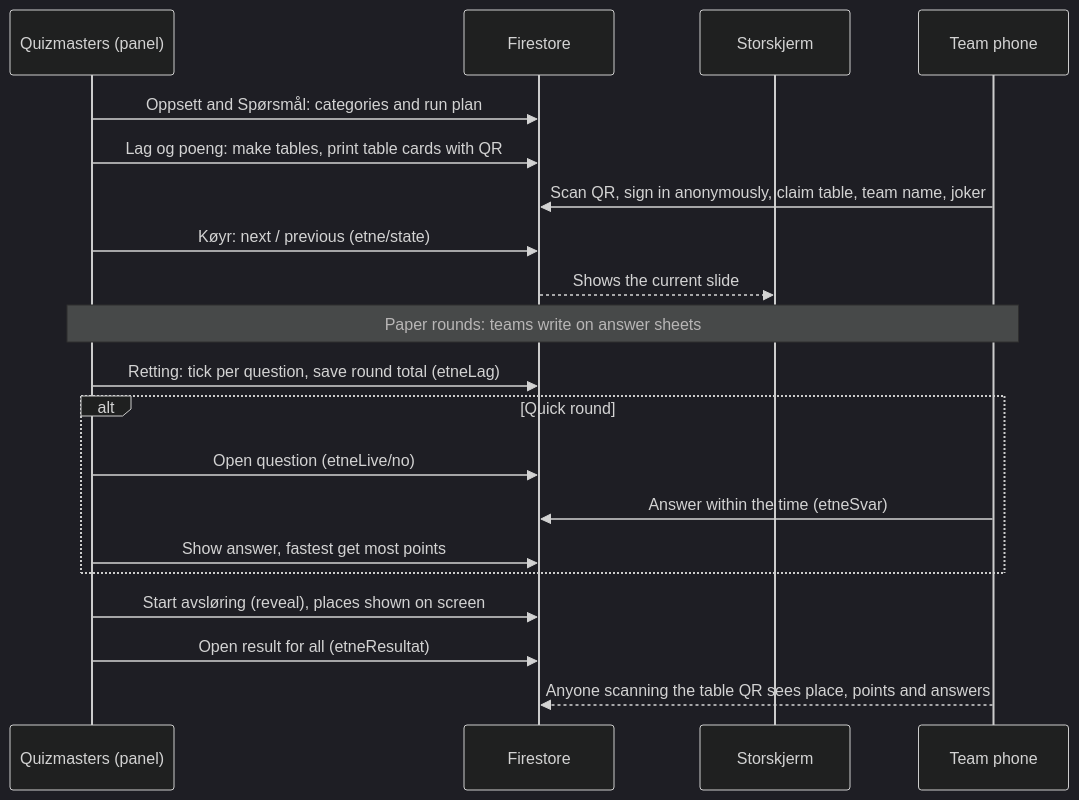
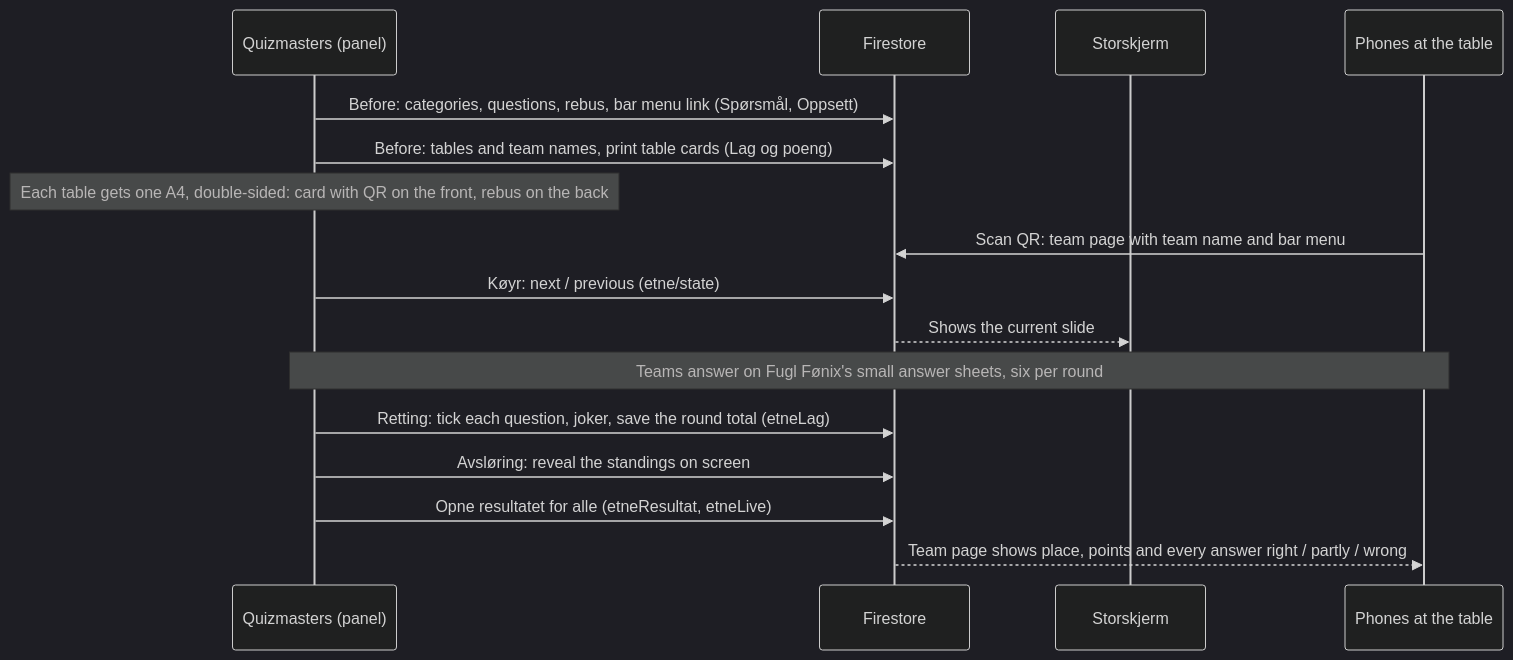
The second of 2 diagrams in _etnequiz/OVERVIEW.md (Mortey12/Mortey12.github.io), drawn with Mermaid (dark theme) before and after one commit. The commit also changed other lines of this file, not shown here.

````diff
--- a/_etnequiz/OVERVIEW.md
+++ b/_etnequiz/OVERVIEW.md
@@ -50,22 +42,18 @@
 ```mermaid
 sequenceDiagram
   participant QM as Quizmasters (panel)
   participant DB as Firestore
   participant Scr as Storskjerm
-  participant Ph as Team phone
-  QM->>DB: Oppsett and Spørsmål: categories and run plan
-  QM->>DB: Lag og poeng: make tables, print table cards with QR
-  Ph->>DB: Scan QR, sign in anonymously, claim table, team name, joker
+  participant Ph as Phones at the table
+  QM->>DB: Before: categories, questions, rebus, bar menu link (Spørsmål, Oppsett)
+  QM->>DB: Before: tables and team names, print table cards (Lag og poeng)
+  Note over QM: Each table gets one A4, double-sided: card with QR on the front, rebus on the back
+  Ph->>DB: Scan QR: team page with team name and bar menu
   QM->>DB: Køyr: next / previous (etne/state)
   DB-->>Scr: Shows the current slide
-  Note over QM,Ph: Paper rounds: teams write on answer sheets
-  QM->>DB: Retting: tick per question, save round total (etneLag)
-  alt Quick round
-    QM->>DB: Open question (etneLive/no)
-    Ph->>DB: Answer within the time (etneSvar)
-    QM->>DB: Show answer, fastest get most points
-  end
-  QM->>DB: Start avsløring (reveal), places shown on screen
-  QM->>DB: Open result for all (etneResultat)
-  Ph-->>DB: Anyone scanning the table QR sees place, points and answers
+  Note over QM,Ph: Teams answer on Fugl Fønix's small answer sheets, six per round
+  QM->>DB: Retting: tick each question, joker, save the round total (etneLag)
+  QM->>DB: Avsløring: reveal the standings on screen
+  QM->>DB: Opne resultatet for alle (etneResultat, etneLive)
+  DB-->>Ph: Team page shows place, points and every answer right / partly / wrong
 ```
````
